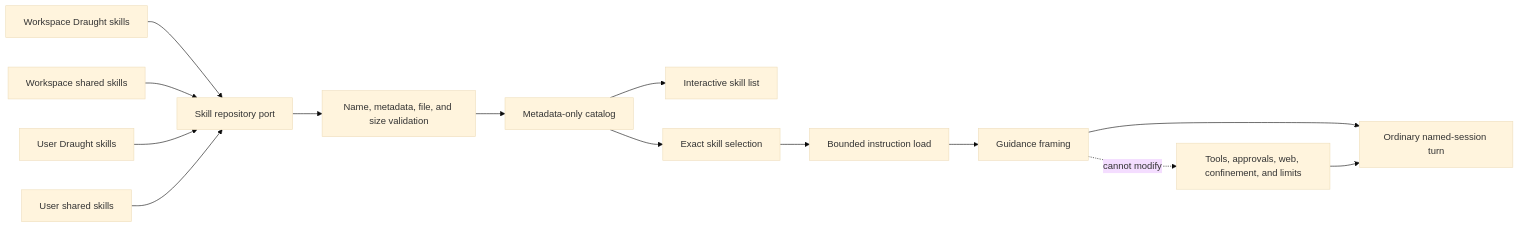
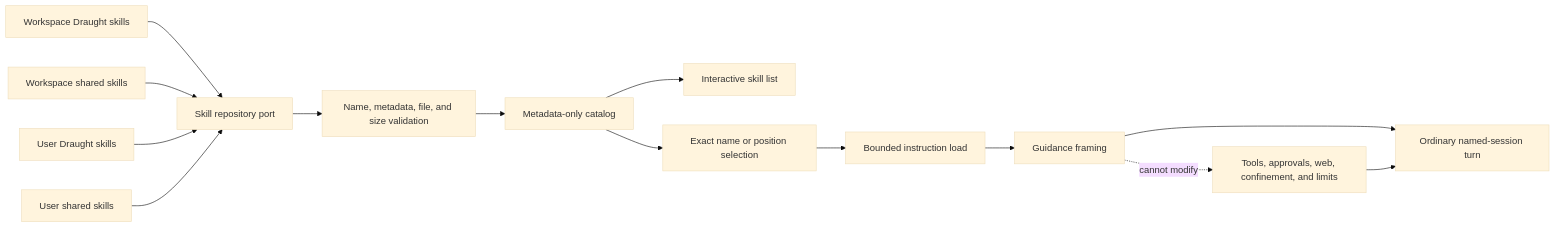
One commit to ccarvalho-eng/draught changed the sixth of 12 diagrams in docs/architecture.md. Above: the diagram before and after it, drawn with Mermaid (base theme). The commit also changed 16 other files, not shown here.

````diff
--- a/docs/architecture.md
+++ b/docs/architecture.md
@@ -283,18 +283,18 @@
 ```mermaid
 flowchart LR
   WorkspaceDraught[Workspace Draught skills] --> Repository[Skill repository port]
   WorkspaceAgents[Workspace shared skills] --> Repository
   UserDraught[User Draught skills] --> Repository
   UserAgents[User shared skills] --> Repository
 
   Repository --> Validation[Name, metadata, file, and size validation]
   Validation --> Catalog[Metadata-only catalog]
   Catalog --> List[Interactive skill list]
-  Catalog --> Selection[Exact skill selection]
+  Catalog --> Selection[Exact name or position selection]
   Selection --> Body[Bounded instruction load]
   Body --> Frame[Guidance framing]
   Frame --> Turn[Ordinary named-session turn]
 
   Authority[Tools, approvals, web, confinement, and limits] --> Turn
   Frame -. cannot modify .-> Authority
 ```
````
